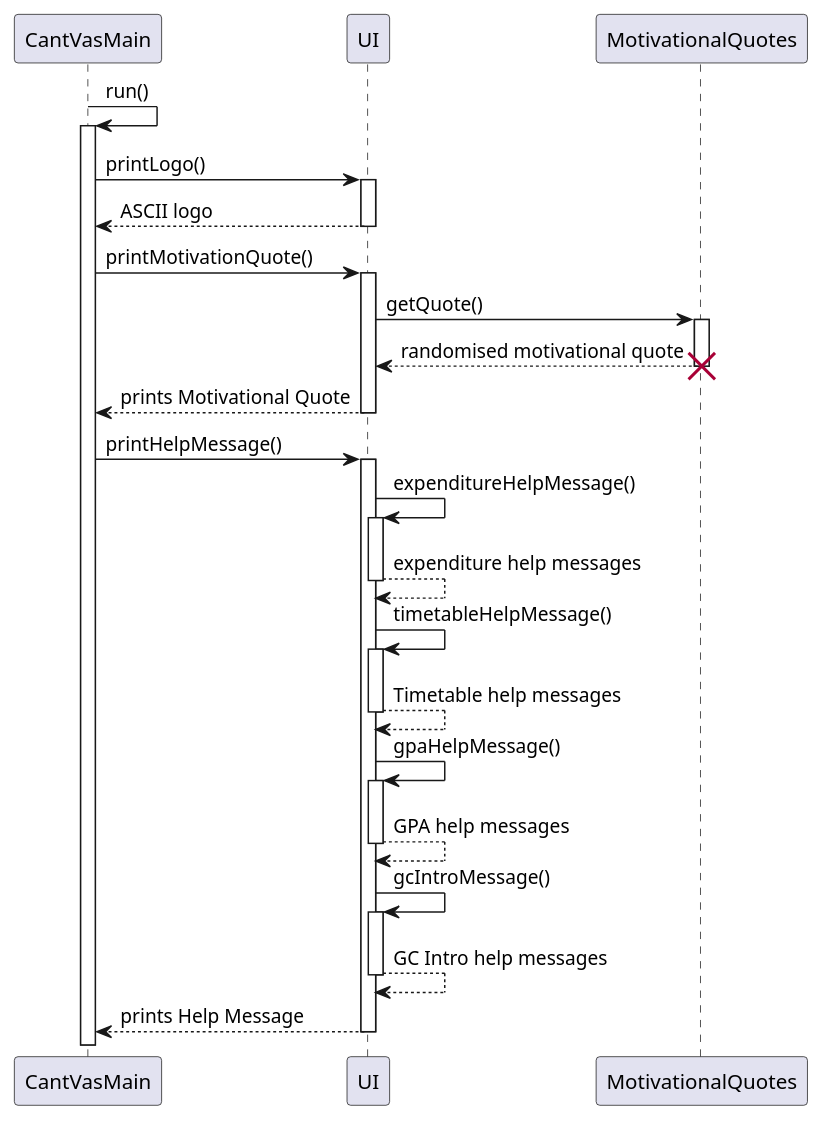
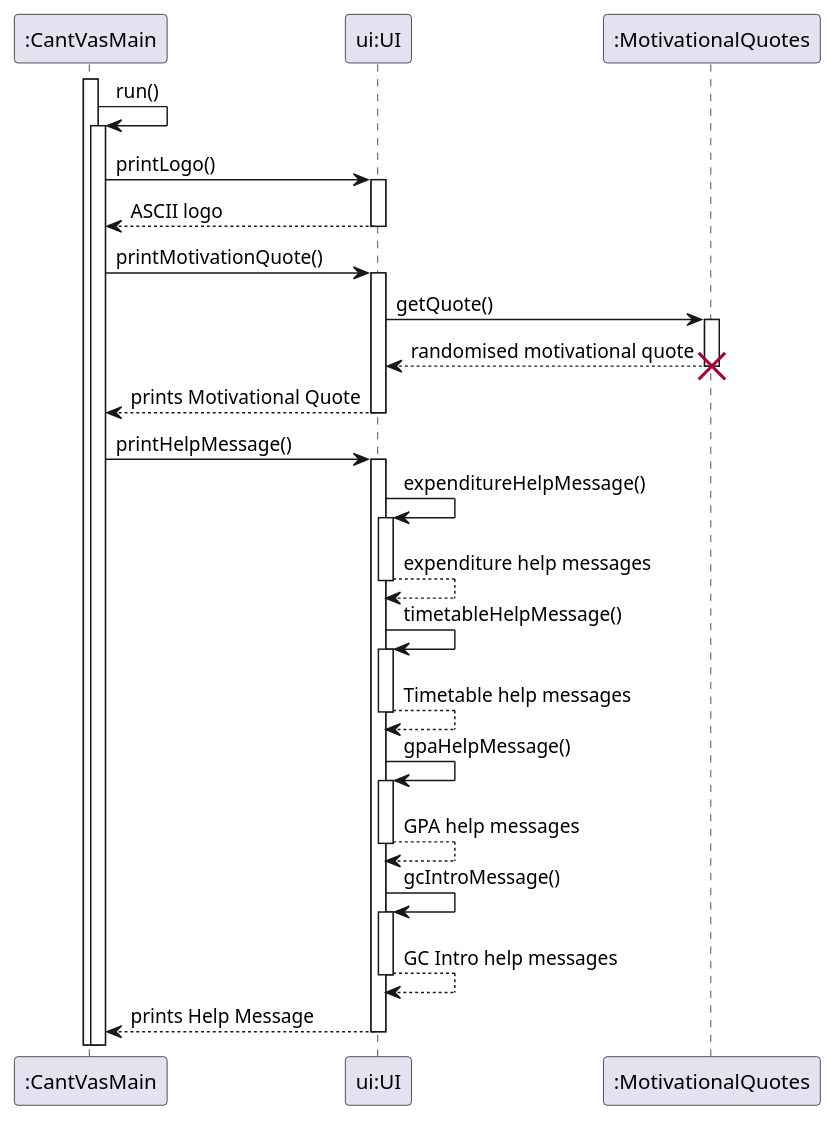
The diagram in docs/diagrams/sequencediagram/UISD.puml (nyh3/tp), drawn with PlantUML before and after one commit. The commit also changed 5 other files, not shown here.

Commit message:
Add class diagram for ui and include some explanation

```diff
--- a/docs/diagrams/sequencediagram/UISD.puml
+++ b/docs/diagrams/sequencediagram/UISD.puml
@@ -1,46 +1,46 @@
 @startuml
 'https://plantuml.com/sequence-diagram
 
 autoactivate on
-participant "CantVasMain" as CantVasMain
-participant "UI" as UI
-participant "MotivationalQuotes" as MotivationalQuotes
+participant ":CantVasMain" as CantVasMain
+participant "ui:UI" as UI
+participant ":MotivationalQuotes" as MotivationalQuotes
 
 
-
+activate CantVasMain
 CantVasMain -> CantVasMain: run()
 
 
 CantVasMain -> UI: printLogo()
 return ASCII logo
 
 
 CantVasMain -> UI: printMotivationQuote()
 
 
 UI -> MotivationalQuotes: getQuote()
 
 UI <-- MotivationalQuotes: randomised motivational quote
 destroy MotivationalQuotes
 
 
 
 CantVasMain <-- UI: prints Motivational Quote
 
 CantVasMain -> UI: printHelpMessage()
 
 UI -> UI:expenditureHelpMessage()
 return expenditure help messages
 UI -> UI:timetableHelpMessage()
 return Timetable help messages
 UI -> UI:gpaHelpMessage()
 return GPA help messages
 UI -> UI:gcIntroMessage()
 return GC Intro help messages
 CantVasMain <-- UI: prints Help Message
 
 
 
 
 
 @enduml
```
